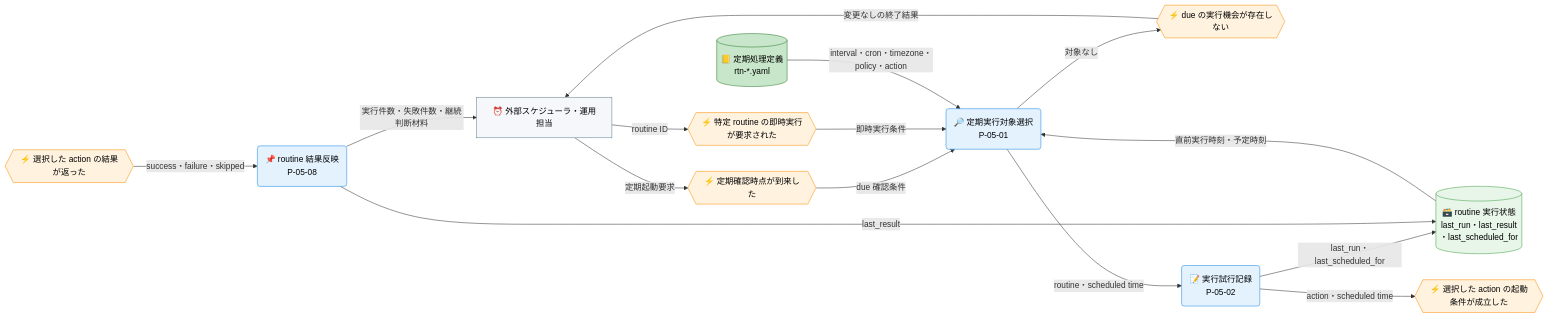
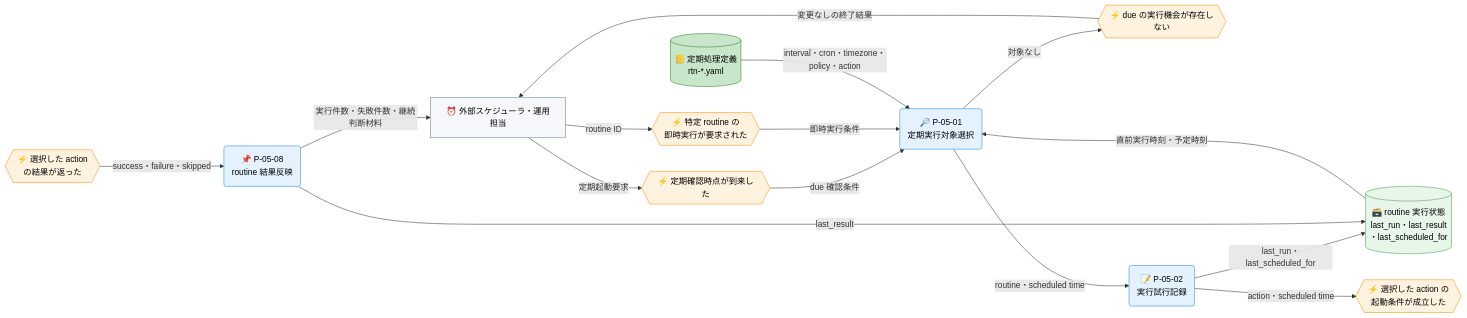
One commit to specdojo/specdojo changed the first of 3 diagrams in docs/ja/product/010-business-specs/010-data-flow/cdfd-routine.md. Above: the diagram before and after it, drawn with Mermaid. The commit also changed other lines of this file and 7 other files, not shown here.

````diff
--- a/docs/ja/product/010-business-specs/010-data-flow/cdfd-routine.md
+++ b/docs/ja/product/010-business-specs/010-data-flow/cdfd-routine.md
@@ -74,44 +74,44 @@
 ```mermaid
 flowchart LR
   classDef process fill:#e3f2fd,stroke:#1e88e5,color:#000
   classDef event fill:#fff3e0,stroke:#fb8c00,color:#000
   classDef storeMaster fill:#c8e6c9,stroke:#2e7d32,color:#000
   classDef storeTransaction fill:#e8f5e9,stroke:#43a047,color:#000
   classDef actor fill:#f5f7fa,stroke:#607d8b,color:#000
 
   外部起動者["⏰ 外部スケジューラ・運用担当"]
 
   定期確認時点{{"⚡ 定期確認時点が到来した"}}
-  即時実行要求{{"⚡ 特定 routine の即時実行が要求された"}}
+  即時実行要求{{"⚡ 特定 routine の<br>即時実行が要求された"}}
   対象なし{{"⚡ due の実行機会が存在しない"}}
-  action起動{{"⚡ 選択した action の起動条件が成立した"}}
-  action結果返却{{"⚡ 選択した action の結果が返った"}}
+  action起動{{"⚡ 選択した action の<br>起動条件が成立した"}}
+  action結果返却{{"⚡ 選択した action <br>の結果が返った"}}
 
-  定期実行対象選択("🔎 定期実行対象選択<br>P-05-01")
-  実行試行記録("📝 実行試行記録<br>P-05-02")
-  routine結果反映("📌 routine 結果反映<br>P-05-08")
+  定期実行対象選択("🔎 P-05-01<br>定期実行対象選択")
+  実行試行記録("📝 P-05-02<br>実行試行記録")
+  routine結果反映("📌 P-05-08<br>routine 結果反映")
 
   定期処理定義[("📒 定期処理定義<br>rtn-*.yaml")]
   routine実行状態[("🗃️ routine 実行状態<br>last_run・last_result<br>・last_scheduled_for")]
 
   外部起動者 -->|"定期起動要求"| 定期確認時点
   外部起動者 -->|"routine ID"| 即時実行要求
   定期確認時点 -->|"due 確認条件"| 定期実行対象選択
   即時実行要求 -->|"即時実行条件"| 定期実行対象選択
   定期処理定義 -->|"interval・cron・timezone・policy・action"| 定期実行対象選択
   routine実行状態 -->|"直前実行時刻・予定時刻"| 定期実行対象選択
   定期実行対象選択 -->|"対象なし"| 対象なし
   対象なし -->|"変更なしの終了結果"| 外部起動者
   定期実行対象選択 -->|"routine・scheduled time"| 実行試行記録
   実行試行記録 -->|"last_run・last_scheduled_for"| routine実行状態
   実行試行記録 -->|"action・scheduled time"| action起動
   action結果返却 -->|"success・failure・skipped"| routine結果反映
   routine結果反映 -->|"last_result"| routine実行状態
   routine結果反映 -->|"実行件数・失敗件数・継続判断材料"| 外部起動者
 
   class 定期実行対象選択,実行試行記録,routine結果反映 process
   class 定期確認時点,即時実行要求,対象なし,action起動,action結果返却 event
   class 定期処理定義 storeMaster
   class routine実行状態 storeTransaction
   class 外部起動者 actor
 ```
````
